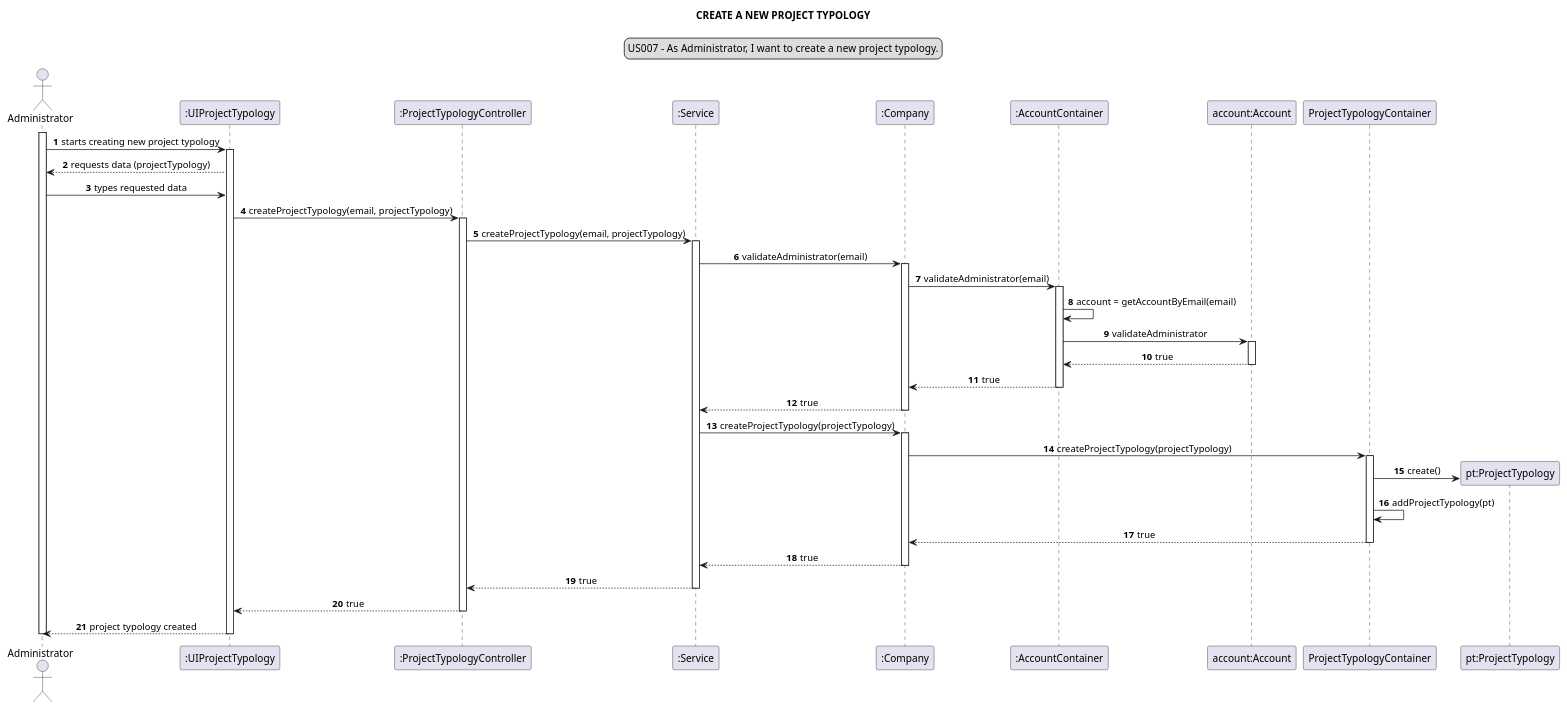
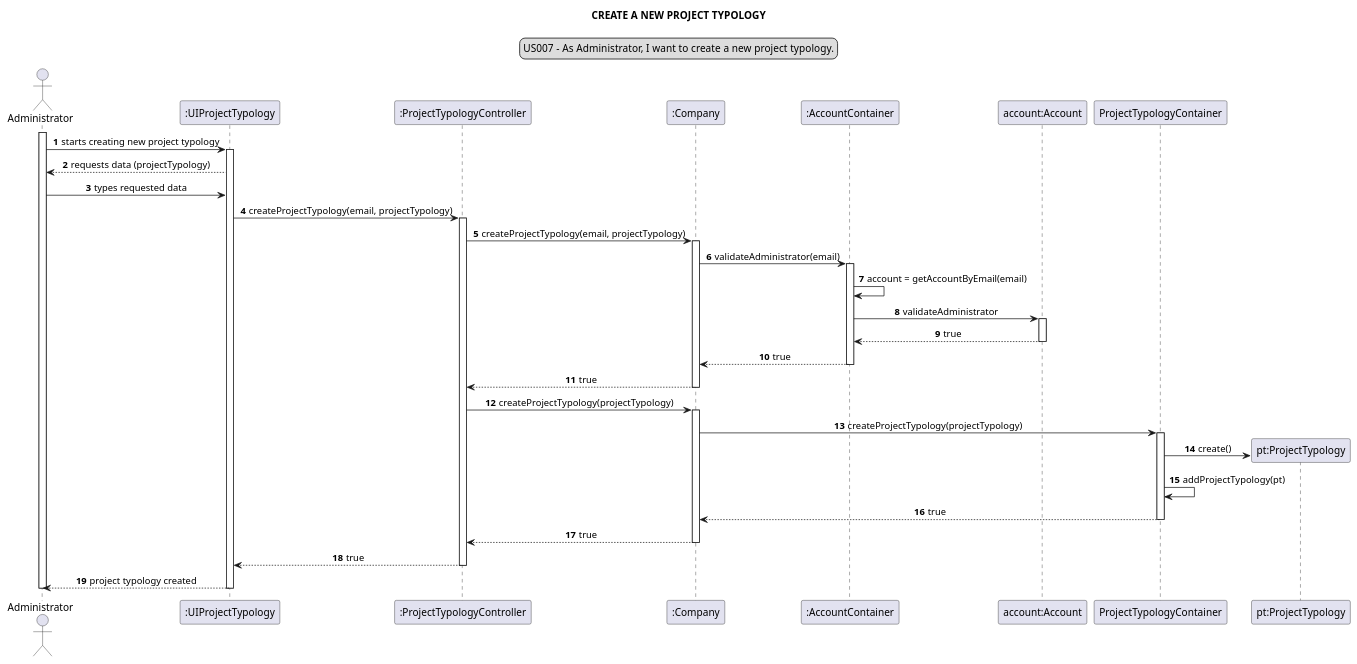
One commit to Loracline/project_switch_22-23 changed the diagram in docs/modelling_design/user_stories/us007/US007_sequenceDiagram.puml. Above: the diagram before and after it, drawn with PlantUML. The commit also changed 7 other files, not shown here.

First line of the commit message:
US 007 : Design : Refinement of class diagram and sequence diagram

```diff
--- a/docs/modelling_design/user_stories/us007/US007_sequenceDiagram.puml
+++ b/docs/modelling_design/user_stories/us007/US007_sequenceDiagram.puml
@@ -1,62 +1,57 @@
 @startuml
 'https://plantuml.com/sequence-diagram
 
 autonumber
 skinparam sequenceMessageAlign center
 title CREATE A NEW PROJECT TYPOLOGY
 legend top
 US007 - As Administrator, I want to create a new project typology.
 end legend
 
 actor Administrator as a
 participant ":UIProjectTypology" as ui
 participant ":ProjectTypologyController" as ct
-participant ":Service" as sv
 participant ":Company" as c
 participant ":AccountContainer" as acc
 participant "account:Account" as ac
 participant "ProjectTypologyContainer" as ptc
 participant "pt:ProjectTypology" as pty
 
 
 activate a
 a -> ui: starts creating new project typology
 activate ui
 ui --> a: requests data (projectTypology)
 a -> ui: types requested data
 ui -> ct: createProjectTypology(email, projectTypology)
 activate ct
-ct -> sv: createProjectTypology(email, projectTypology)
-activate sv
-sv -> c: validateAdministrator(email)
+ct -> c: createProjectTypology(email, projectTypology)
 activate c
 c -> acc: validateAdministrator(email)
 activate acc
 acc -> acc: account = getAccountByEmail(email)
 acc -> ac: validateAdministrator
 activate ac
 ac --> acc: true
 deactivate ac
 acc --> c: true
 deactivate acc
-c --> sv: true
+c --> ct: true
 deactivate c
-sv -> c: createProjectTypology(projectTypology)
+ct -> c: createProjectTypology(projectTypology)
 activate c
 c -> ptc: createProjectTypology(projectTypology)
 activate ptc
 create pty
 ptc -> pty: create()
 ptc -> ptc: addProjectTypology(pt)
 ptc --> c: true
 deactivate ptc
-c --> sv: true
+c --> ct: true
 deactivate c
-sv --> ct: true
-deactivate sv
 ct --> ui: true
 deactivate ct
 ui --> a: project typology created
 deactivate ui
 deactivate a
 @enduml
```
